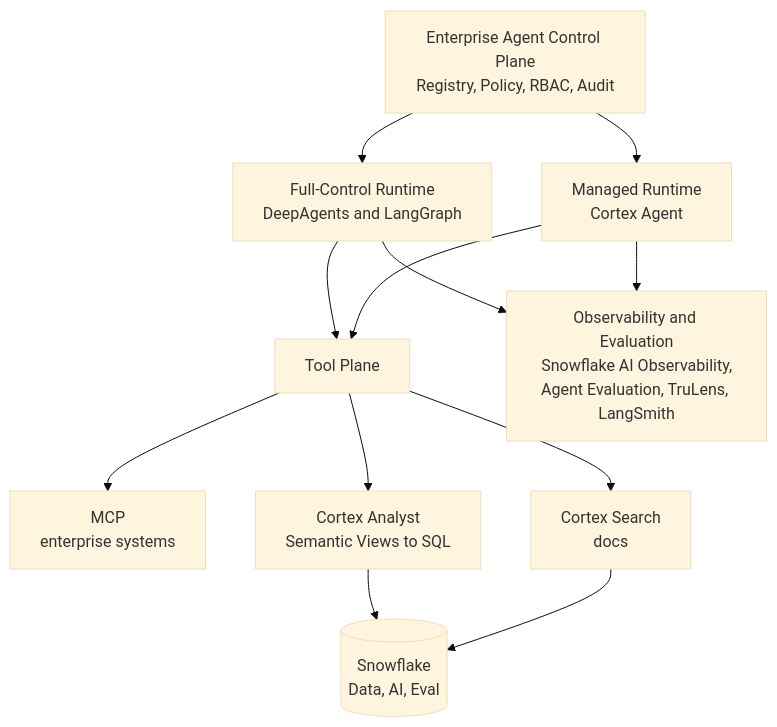
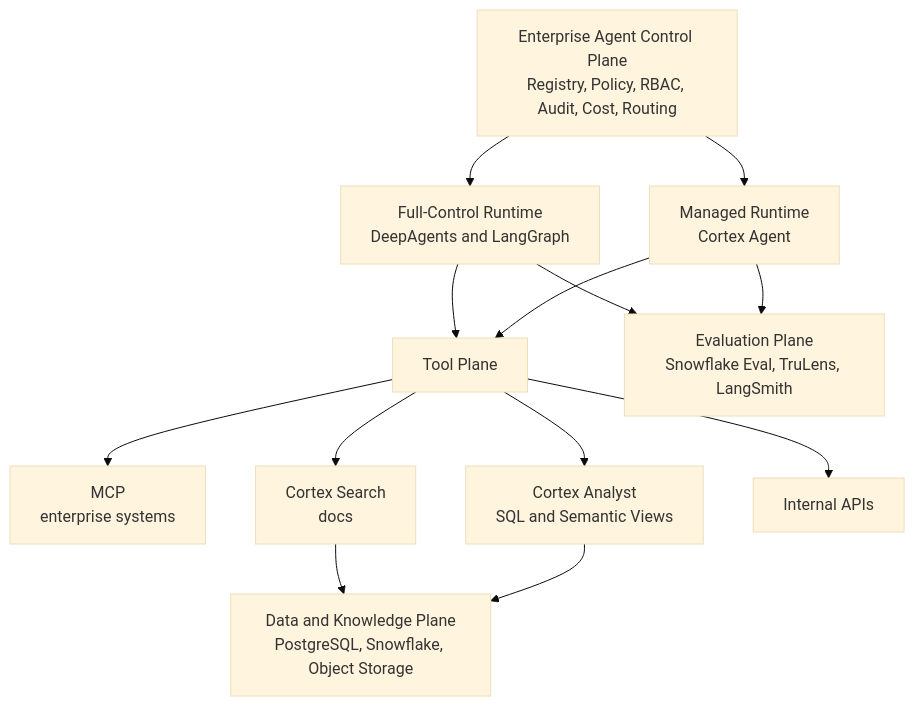
One commit to devweekly/devweekly.github.io changed the seventh of 7 diagrams in temp/Snowflake Agent体系-成稿.md. Above: the diagram before and after it, drawn with Mermaid (base theme). The commit also changed other lines of this file, not shown here.

````diff
--- a/temp/Snowflake Agent体系-成稿.md
+++ b/temp/Snowflake Agent体系-成稿.md
@@ -352,24 +427,26 @@
 ```mermaid
 flowchart TD
-    CP["Enterprise Agent Control Plane<br/>Registry, Policy, RBAC, Audit"]
+    CP["Enterprise Agent Control Plane<br/>Registry, Policy, RBAC, Audit, Cost, Routing"]
     FR["Full-Control Runtime<br/>DeepAgents and LangGraph"]
     MR["Managed Runtime<br/>Cortex Agent"]
     TP["Tool Plane"]
     MCP["MCP<br/>enterprise systems"]
-    CS["Cortex Search<br/>docs"]
-    AN["Cortex Analyst<br/>Semantic Views to SQL"]
-    SF[("Snowflake<br/>Data, AI, Eval")]
-    OB["Observability and Evaluation<br/>Snowflake AI Observability,<br/>Agent Evaluation, TruLens, LangSmith"]
+    SEA["Cortex Search<br/>docs"]
+    ANA["Cortex Analyst<br/>SQL and Semantic Views"]
+    API["Internal APIs"]
+    DP["Data and Knowledge Plane<br/>PostgreSQL, Snowflake, Object Storage"]
+    EV["Evaluation Plane<br/>Snowflake Eval, TruLens, LangSmith"]
 
     CP --> FR
     CP --> MR
     FR --> TP
     MR --> TP
     TP --> MCP
-    TP --> CS
-    TP --> AN
-    AN --> SF
-    CS --> SF
-    FR --> OB
-    MR --> OB
+    TP --> SEA
+    TP --> ANA
+    TP --> API
+    SEA --> DP
+    ANA --> DP
+    FR --> EV
+    MR --> EV
 ```
````
